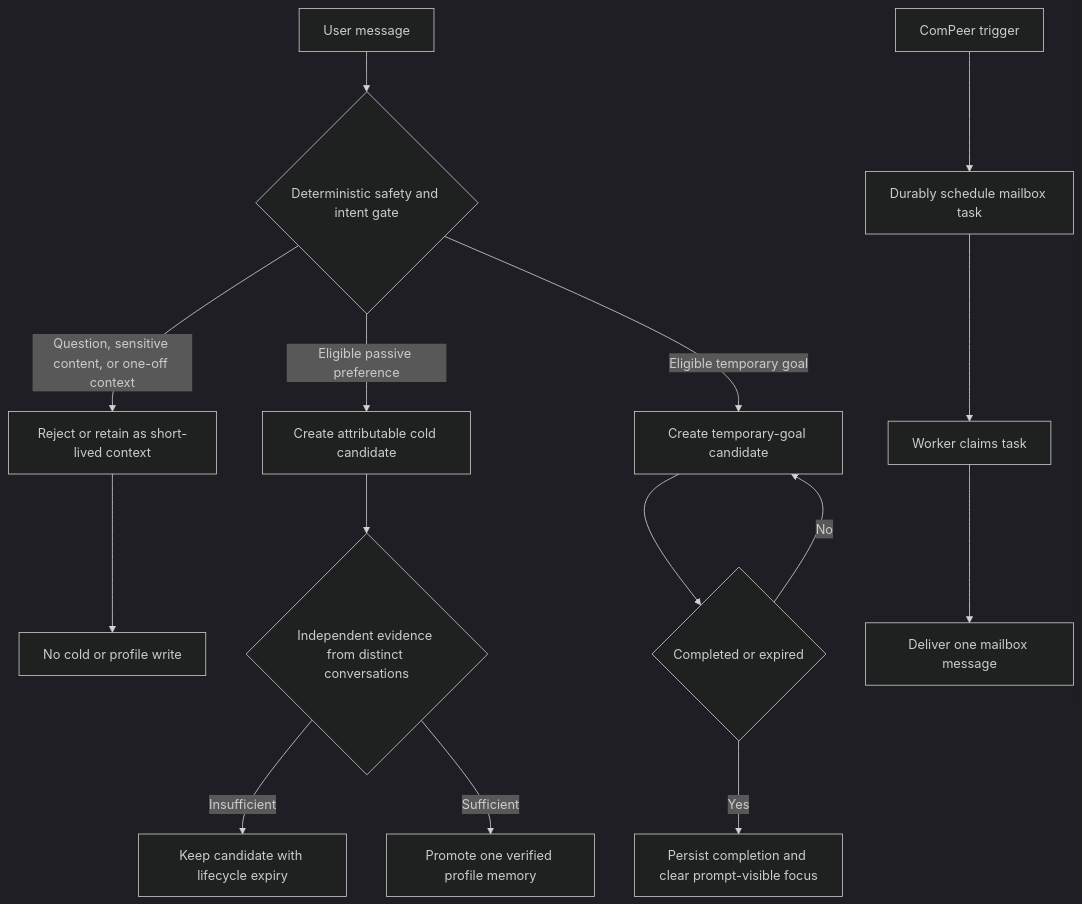
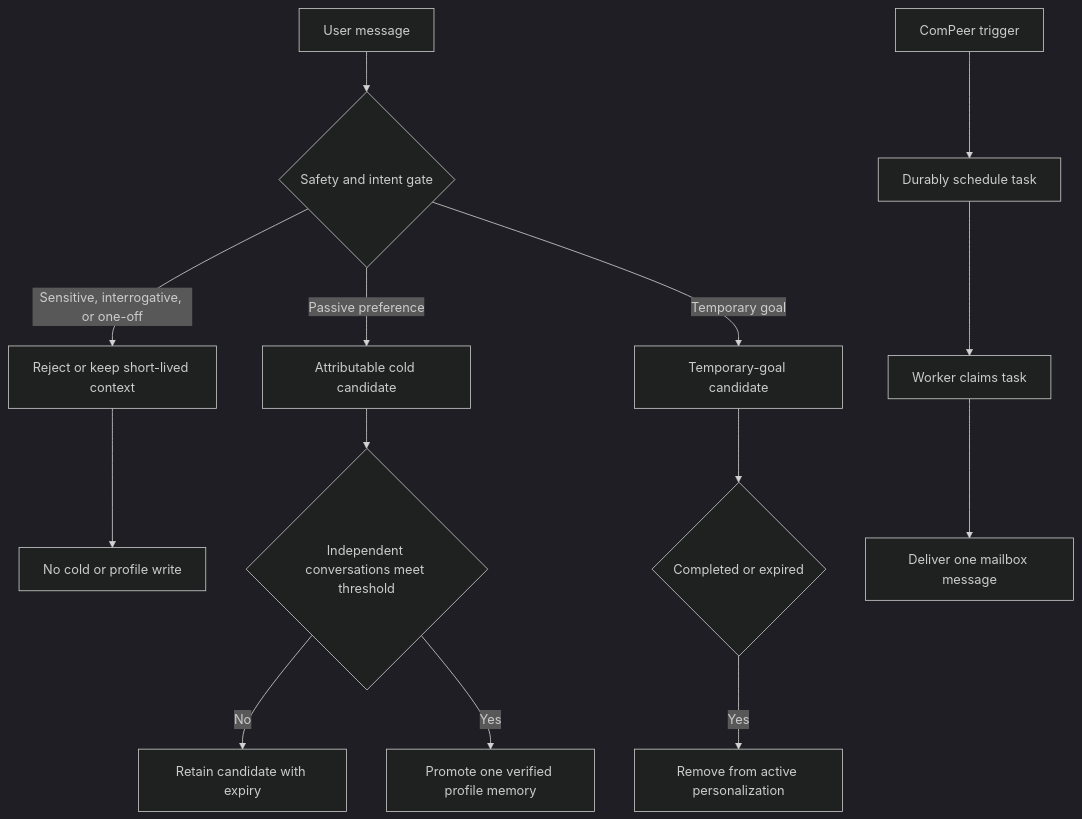
One commit to CongJie-Pan/AREQA changed the first of 2 diagrams in docs/worklog/202607/2026_07_17_experiment/experiment_report.md. Above: the diagram before and after it, drawn with Mermaid (dark theme). The commit also changed other lines of this file and 2 other files, not shown here.

Commit message:
docs(experiment): finalize remediation evidence and test plan

````diff
--- a/docs/worklog/202607/2026_07_17_experiment/experiment_report.md
+++ b/docs/worklog/202607/2026_07_17_experiment/experiment_report.md
@@ -17,17 +17,16 @@
 ```mermaid
 flowchart TD
-    A["User message"] --> B{"Deterministic safety and intent gate"}
-    B -->|"Question, sensitive content, or one-off context"| C["Reject or retain as short-lived context"]
+    A["User message"] --> B{"Safety and intent gate"}
+    B -->|"Sensitive, interrogative, or one-off"| C["Reject or keep short-lived context"]
     C --> D["No cold or profile write"]
-    B -->|"Eligible passive preference"| E["Create attributable cold candidate"]
-    E --> F{"Independent evidence from distinct conversations"}
-    F -->|"Insufficient"| G["Keep candidate with lifecycle expiry"]
-    F -->|"Sufficient"| H["Promote one verified profile memory"]
-    B -->|"Eligible temporary goal"| I["Create temporary-goal candidate"]
+    B -->|"Passive preference"| E["Attributable cold candidate"]
+    E --> F{"Independent conversations meet threshold"}
+    F -->|"No"| G["Retain candidate with expiry"]
+    F -->|"Yes"| H["Promote one verified profile memory"]
+    B -->|"Temporary goal"| I["Temporary-goal candidate"]
     I --> J{"Completed or expired"}
-    J -->|"Yes"| K["Persist completion and clear prompt-visible focus"]
-    J -->|"No"| I
-    L["ComPeer trigger"] --> M["Durably schedule mailbox task"]
+    J -->|"Yes"| K["Remove from active personalization"]
+    L["ComPeer trigger"] --> M["Durably schedule task"]
     M --> N["Worker claims task"]
     N --> O["Deliver one mailbox message"]
 ```
````
